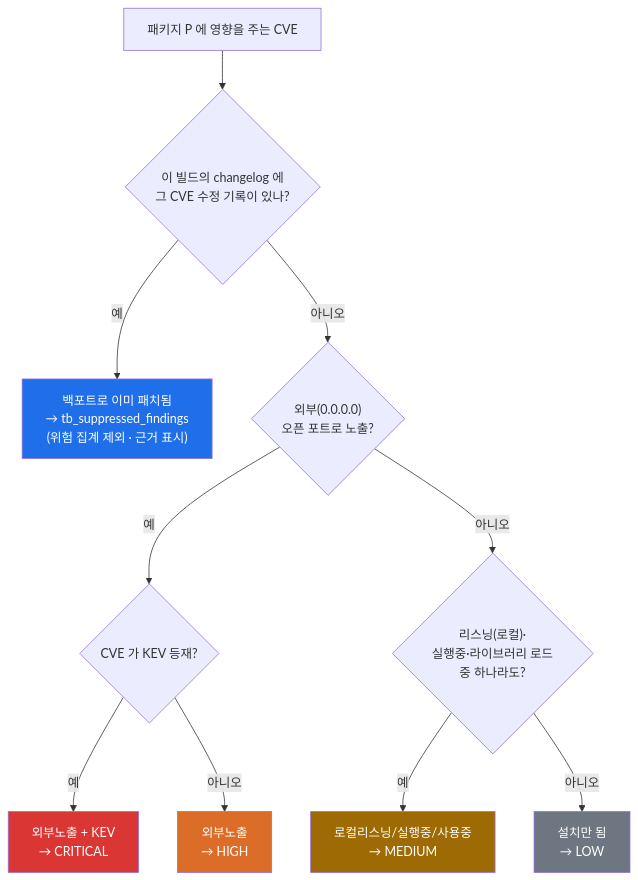
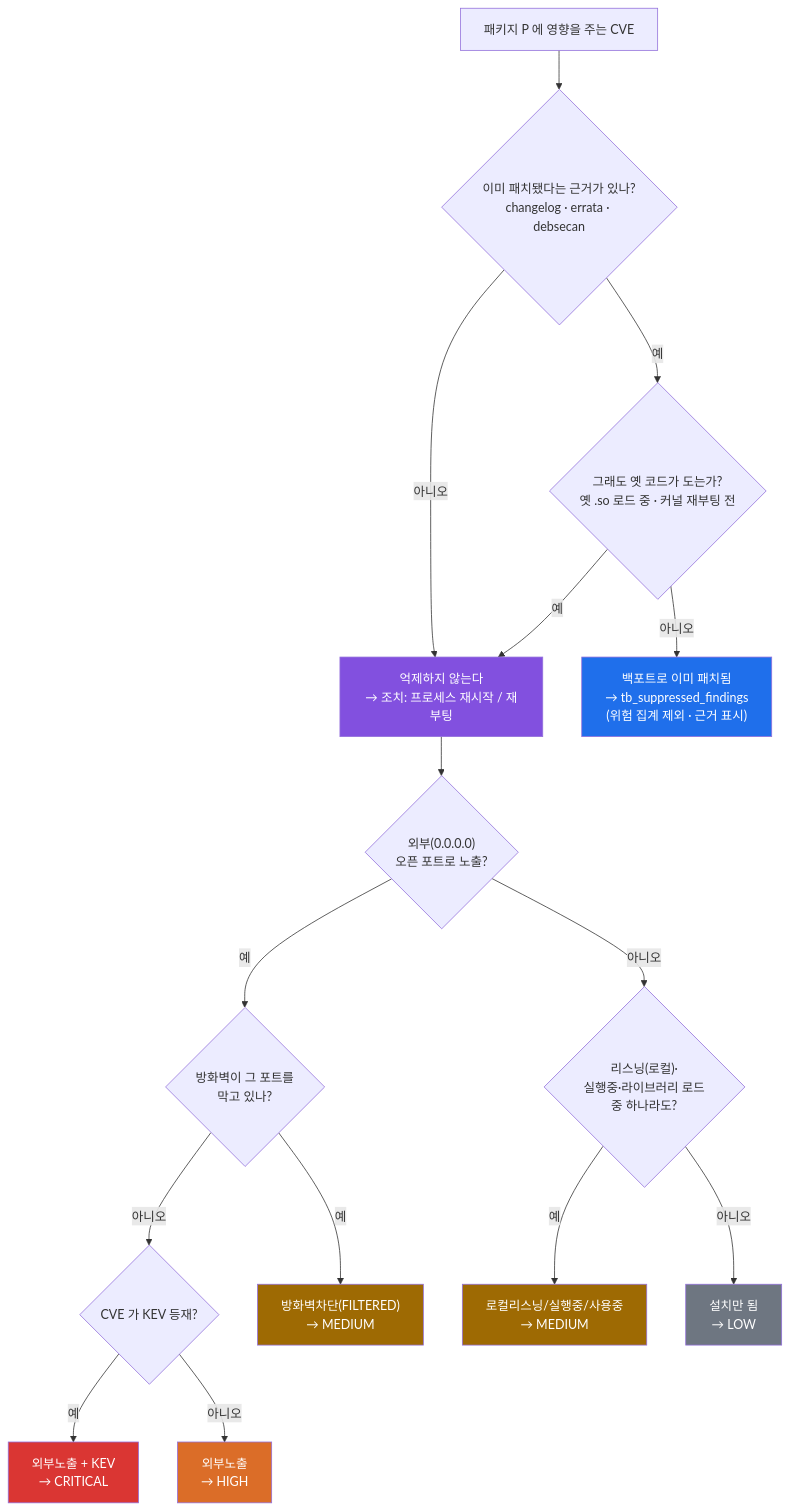
Before and after one commit to JeongDoWook/vuln-agent: the second of 6 diagrams in docs/architecture.md, drawn with Mermaid. The commit also changed other lines of this file and 3 other files, not shown here.

First line of the commit message:
docs: 문서를 코드에 맞춘다 — 컨테이너·재시작/재부팅·억제 4겹·FILTERED

````diff
--- a/docs/architecture.md
+++ b/docs/architecture.md
@@ -58,18 +58,25 @@
 ```mermaid
 flowchart TD
-    START["패키지 P 에 영향을 주는 CVE"] --> BP{"이 빌드의 changelog 에<br/>그 CVE 수정 기록이 있나?"}
-    BP -->|예| SUP["백포트로 이미 패치됨<br/>→ tb_suppressed_findings<br/>(위험 집계 제외 · 근거 표시)"]
-    BP -->|아니오| EXT{"외부(0.0.0.0)<br/>오픈 포트로 노출?"}
-    EXT -->|예| KEV{"CVE 가 KEV 등재?"}
+    START["패키지 P 에 영향을 주는 CVE"] --> FIX{"이미 패치됐다는 근거가 있나?<br/>changelog · errata · debsecan"}
+    FIX -->|예| STALE{"그래도 옛 코드가 도는가?<br/>옛 .so 로드 중 · 커널 재부팅 전"}
+    STALE -->|예| KEEP["억제하지 않는다<br/>→ 조치: 프로세스 재시작 / 재부팅"]
+    STALE -->|아니오| SUP["백포트로 이미 패치됨<br/>→ tb_suppressed_findings<br/>(위험 집계 제외 · 근거 표시)"]
+    FIX -->|아니오| KEEP
+    KEEP --> EXT{"외부(0.0.0.0)<br/>오픈 포트로 노출?"}
+    EXT -->|예| FW{"방화벽이 그 포트를<br/>막고 있나?"}
+    FW -->|아니오| KEV{"CVE 가 KEV 등재?"}
     KEV -->|예| CRIT["외부노출 + KEV<br/>→ CRITICAL"]
     KEV -->|아니오| HIGH["외부노출<br/>→ HIGH"]
+    FW -->|예| FLT["방화벽차단(FILTERED)<br/>→ MEDIUM"]
     EXT -->|아니오| USE{"리스닝(로컬)·<br/>실행중·라이브러리 로드<br/>중 하나라도?"}
     USE -->|예| MED["로컬리스닝/실행중/사용중<br/>→ MEDIUM"]
     USE -->|아니오| INS["설치만 됨<br/>→ LOW"]
 
     style SUP fill:#1f6feb,color:#fff
+    style KEEP fill:#8250df,color:#fff
     style CRIT fill:#da3633,color:#fff
     style HIGH fill:#db6d28,color:#fff
+    style FLT fill:#9e6a03,color:#fff
     style MED fill:#9e6a03,color:#fff
     style INS fill:#6e7681,color:#fff
 ```
````
